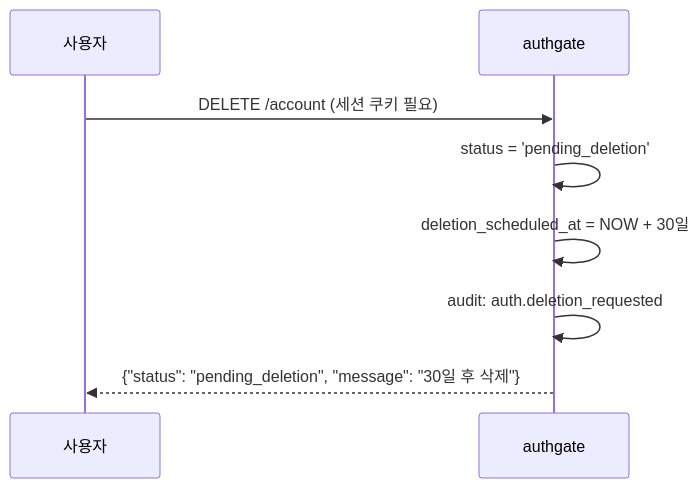
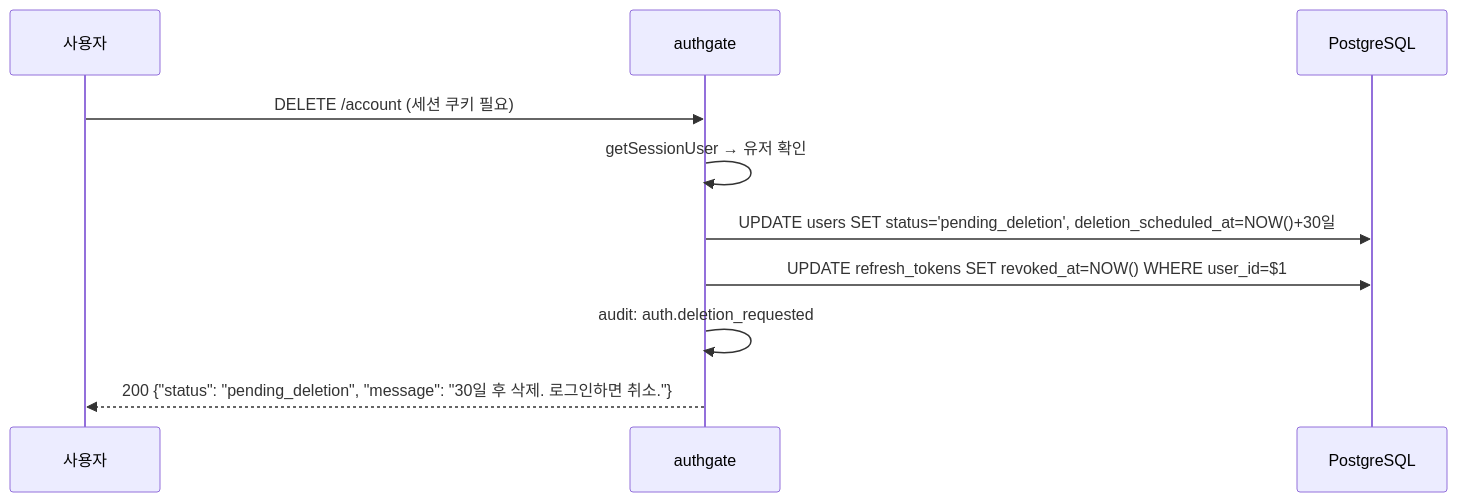
The second of 3 diagrams in docs/spec/006-account-lifecycle.md (cagojeiger/authgate), drawn with Mermaid before and after one commit. The commit also changed other lines of this file and 10 other files, not shown here.

````diff
--- a/docs/spec/006-account-lifecycle.md
+++ b/docs/spec/006-account-lifecycle.md
@@ -37,11 +60,13 @@
 ```mermaid
 sequenceDiagram
     participant U as 사용자
     participant AG as authgate
+    participant DB as PostgreSQL
 
     U->>AG: DELETE /account (세션 쿠키 필요)
-    AG->>AG: status = 'pending_deletion'
-    AG->>AG: deletion_scheduled_at = NOW + 30일
+    AG->>AG: getSessionUser → 유저 확인
+    AG->>DB: UPDATE users SET status='pending_deletion', deletion_scheduled_at=NOW()+30일
+    AG->>DB: UPDATE refresh_tokens SET revoked_at=NOW() WHERE user_id=$1
     AG->>AG: audit: auth.deletion_requested
-    AG-->>U: {"status": "pending_deletion", "message": "30일 후 삭제"}
+    AG-->>U: 200 {"status": "pending_deletion", "message": "30일 후 삭제. 로그인하면 취소."}
 ```
````
